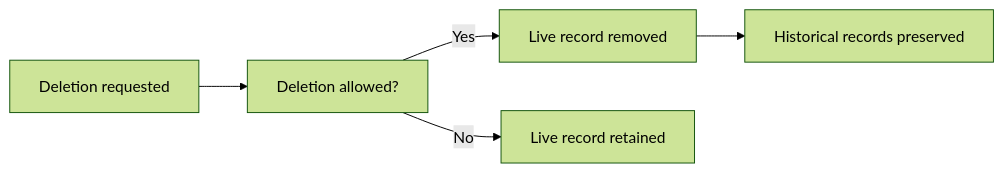
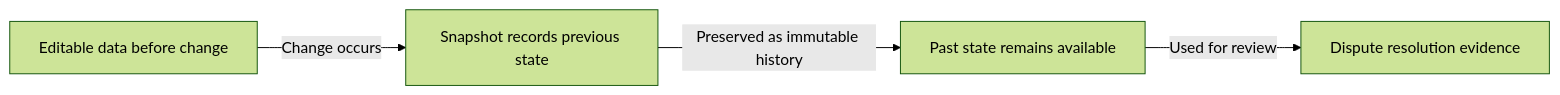
Diagram 19 of 32 in openai/gpt-5.4-mini/shopping/docs/analysis/02-domain-model.md (wrtnlabs/autobe-examples), drawn with Mermaid (forest theme) before and after one commit. The commit also changed other lines of this file and 9017 other files, not shown here.

````diff
--- a/openai/gpt-5.4-mini/shopping/docs/analysis/02-domain-model.md
+++ b/openai/gpt-5.4-mini/shopping/docs/analysis/02-domain-model.md
@@ -919,7 +680,6 @@
 ```mermaid
 flowchart LR
-    A["Deletion requested"] --> B["Deletion allowed?"]
-    B -->|"Yes"| C["Live record removed"]
-    B -->|"No"| D["Live record retained"]
-    C --> E["Historical records preserved"]
+    A["Editable data before change"] -->|"Change occurs"| B["Snapshot records previous state"]
+    B -->|"Preserved as immutable history"| C["Past state remains available"]
+    C -->|"Used for review"| D["Dispute resolution evidence"]
 ```
````
